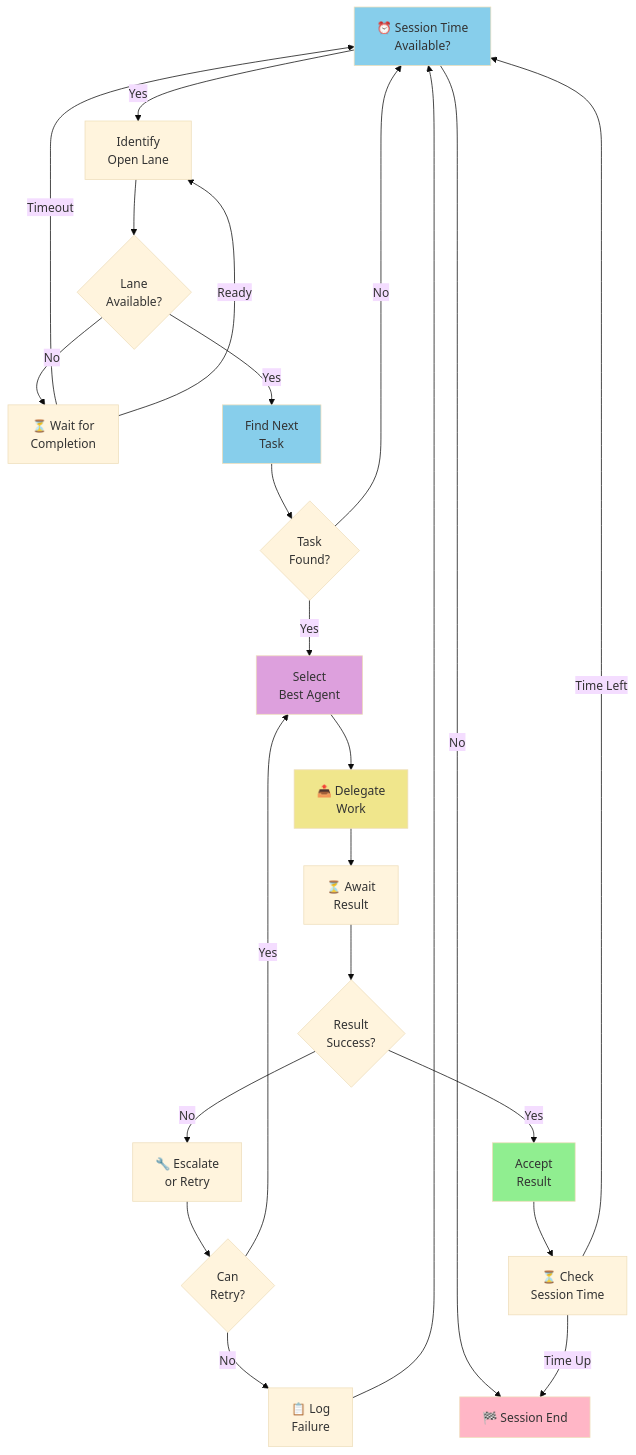
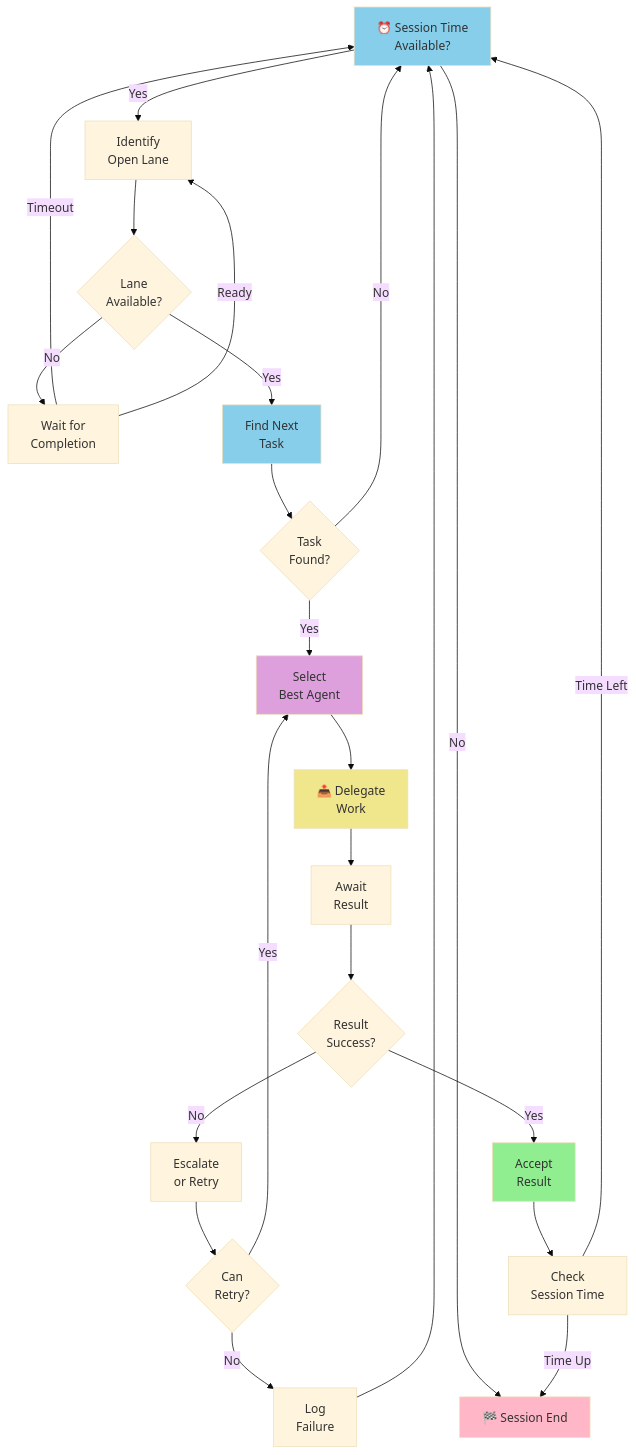
The ninth of 10 diagrams in docs/agent/CUSTOM_AGENT_COORDINATION_WORKFLOWS.md (Aries-Serpent/_codex_), drawn with Mermaid (base theme) before and after one commit. The commit also changed other lines of this file and 1989 other files, not shown here.

````diff
--- a/docs/agent/CUSTOM_AGENT_COORDINATION_WORKFLOWS.md
+++ b/docs/agent/CUSTOM_AGENT_COORDINATION_WORKFLOWS.md
@@ -397,44 +397,44 @@
 ```mermaid
 graph TD
     A["⏰ Session Time<br/>Available?"] -->|Yes| B[" Identify<br/>Open Lane"]
     A -->|No| END["🏁 Session End"]
 
     B --> C{Lane<br/>Available?}
 
-    C -->|No| D["⏳ Wait for<br/>Completion"]
+    C -->|No| D[" Wait for<br/>Completion"]
     D -->|Timeout| A
     D -->|Ready| B
 
     C -->|Yes| E[" Find Next<br/>Task"]
 
     E --> F{Task<br/>Found?}
 
     F -->|No| A
     F -->|Yes| G[" Select<br/>Best Agent"]
 
     G --> H["📤 Delegate<br/>Work"]
 
-    H --> I["⏳ Await<br/>Result"]
+    H --> I[" Await<br/>Result"]
 
     I --> J{Result<br/>Success?}
 
-    J -->|No| K["🔧 Escalate<br/>or Retry"]
+    J -->|No| K[" Escalate<br/>or Retry"]
     J -->|Yes| L[" Accept<br/>Result"]
 
     K --> M{Can<br/>Retry?}
     M -->|Yes| G
-    M -->|No| N["📋 Log<br/>Failure"]
+    M -->|No| N[" Log<br/>Failure"]
     N --> A
 
-    L --> O["⏳ Check<br/>Session Time"]
+    L --> O[" Check<br/>Session Time"]
 
     O -->|Time Left| A
     O -->|Time Up| END
 
     style A fill:#87CEEB
     style E fill:#87CEEB
     style G fill:#DDA0DD
     style H fill:#F0E68C
     style L fill:#90EE90
     style END fill:#FFB6C6
 ```
````
